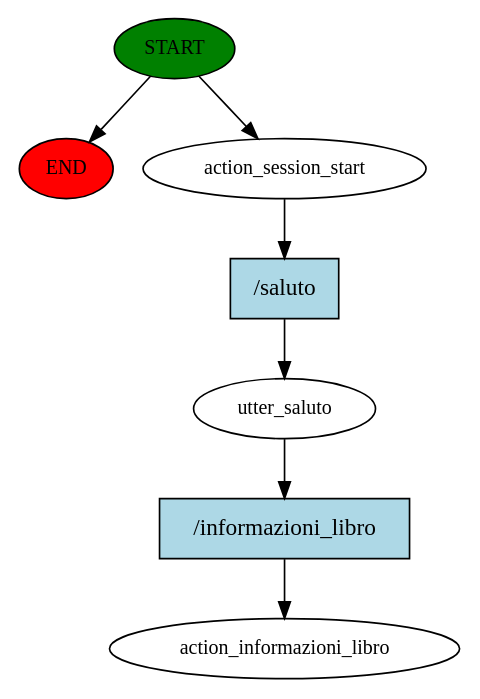
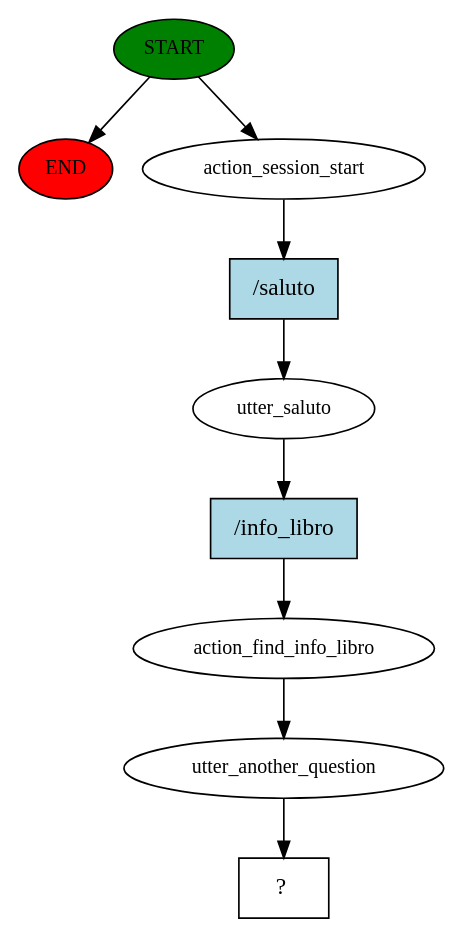
One commit to silviaciuffreda97/ProgettoRasa changed the diagram in story_graph.dot. Above: the diagram before and after it, drawn with Graphviz. The commit also changed 307 other files, not shown here.

```diff
--- a/story_graph.dot
+++ b/story_graph.dot
@@ -1,15 +1,19 @@
 digraph  {
 0 [class="start active", fillcolor=green, fontsize=12, label=START, style=filled];
 "-1" [class=end, fillcolor=red, fontsize=12, label=END, style=filled];
 1 [class=active, fontsize=12, label=action_session_start];
 2 [class=active, fontsize=12, label=utter_saluto];
-3 [class="dashed active", fontsize=12, label=action_informazioni_libro];
-4 [class="intent active", fillcolor=lightblue, label="/saluto", shape=rect, style=filled];
-5 [class="intent active", fillcolor=lightblue, label="/informazioni_libro", shape=rect, style=filled];
+3 [class=active, fontsize=12, label=action_find_info_libro];
+4 [class=active, fontsize=12, label=utter_another_question];
+5 [class="intent dashed active", label="  ?  ", shape=rect];
+6 [class="intent active", fillcolor=lightblue, label="/saluto", shape=rect, style=filled];
+7 [class="intent active", fillcolor=lightblue, label="/info_libro", shape=rect, style=filled];
 0 -> "-1"  [class="", key=NONE, label=""];
 0 -> 1  [class=active, key=NONE, label=""];
-1 -> 4  [class=active, key=0];
-2 -> 5  [class=active, key=0];
-4 -> 2  [class=active, key=0];
-5 -> 3  [class=active, key=0];
+1 -> 6  [class=active, key=0];
+2 -> 7  [class=active, key=0];
+3 -> 4  [class=active, key=NONE, label=""];
+4 -> 5  [class=active, key=NONE, label=""];
+6 -> 2  [class=active, key=0];
+7 -> 3  [class=active, key=0];
 }
```
